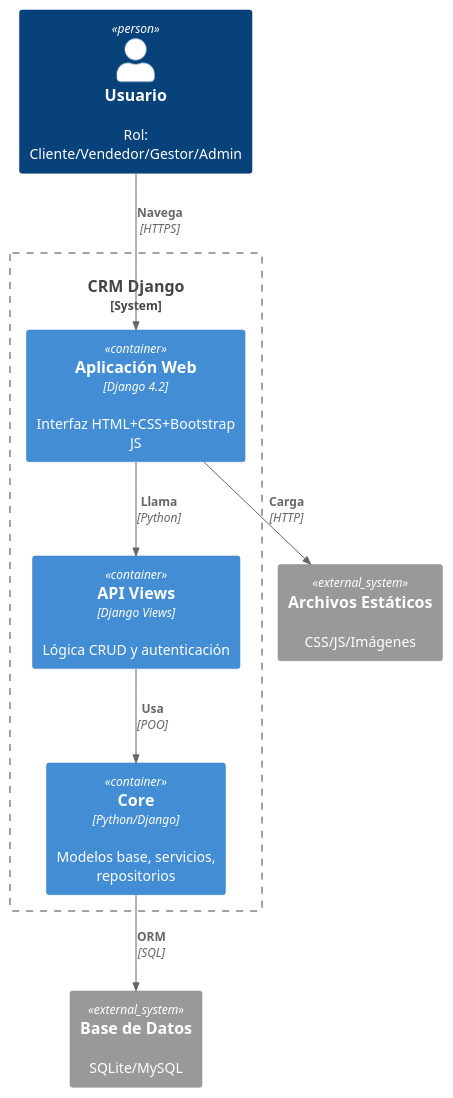
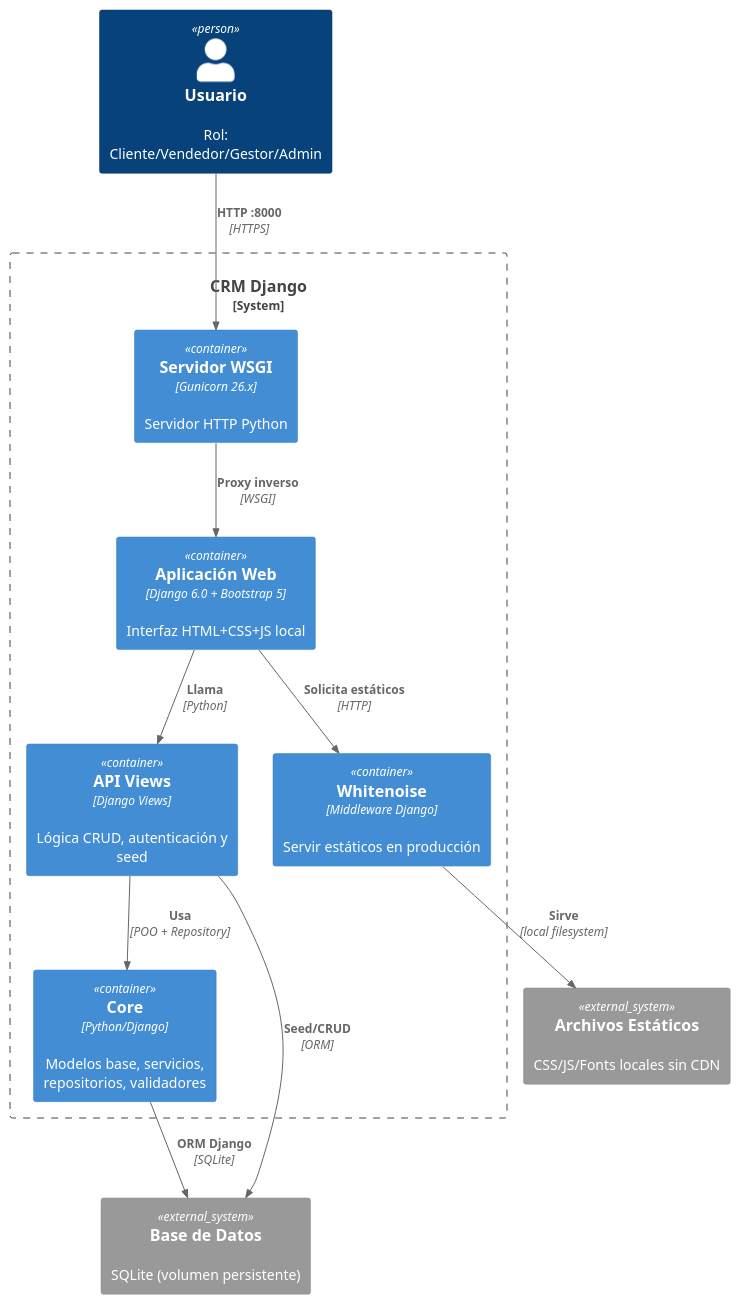
Before and after one commit to josuel-munendez/ProyectoDJviernes: the diagram in docs/modelos/c2_contenedores.puml, drawn with PlantUML. The commit also changed 18 other files, not shown here.

First line of the commit message:
Update documentation: new UI design, seed data, container deployment docs

```diff
--- a/docs/modelos/c2_contenedores.puml
+++ b/docs/modelos/c2_contenedores.puml
@@ -1,21 +1,26 @@
 @startuml C2 - Diagrama de Contenedores
 !include c4lib/C4_Container.puml
 
 Person(usuario, "Usuario", "Rol: Cliente/Vendedor/Gestor/Admin")
 
 System_Boundary(crm, "CRM Django") {
-    Container(web, "Aplicación Web", "Django 4.2", "Interfaz HTML+CSS+Bootstrap JS")
-    Container(api, "API Views", "Django Views", "Lógica CRUD y autenticación")
-    Container(core, "Core", "Python/Django", "Modelos base, servicios, repositorios")
+    Container(gunicorn, "Servidor WSGI", "Gunicorn 26.x", "Servidor HTTP Python")
+    Container(web, "Aplicación Web", "Django 6.0 + Bootstrap 5", "Interfaz HTML+CSS+JS local")
+    Container(api, "API Views", "Django Views", "Lógica CRUD, autenticación y seed")
+    Container(core, "Core", "Python/Django", "Modelos base, servicios, repositorios, validadores")
+    Container(whitenoise, "Whitenoise", "Middleware Django", "Servir estáticos en producción")
 }
 
-System_Ext(bbdd, "Base de Datos", "SQLite/MySQL")
-System_Ext(static, "Archivos Estáticos", "CSS/JS/Imágenes")
+System_Ext(bbdd, "Base de Datos", "SQLite (volumen persistente)")
+System_Ext(static, "Archivos Estáticos", "CSS/JS/Fonts locales sin CDN")
 
-Rel(usuario, web, "Navega", "HTTPS")
+Rel(usuario, gunicorn, "HTTP :8000", "HTTPS")
+Rel(gunicorn, web, "Proxy inverso", "WSGI")
+Rel(web, whitenoise, "Solicita estáticos", "HTTP")
+Rel(whitenoise, static, "Sirve", "local filesystem")
 Rel(web, api, "Llama", "Python")
-Rel(api, core, "Usa", "POO")
-Rel(core, bbdd, "ORM", "SQL")
-Rel(web, static, "Carga", "HTTP")
+Rel(api, core, "Usa", "POO + Repository")
+Rel(core, bbdd, "ORM Django", "SQLite")
+Rel(api, bbdd, "Seed/CRUD", "ORM")
 
 @enduml
```
